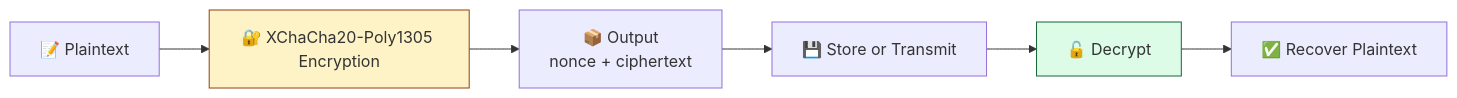
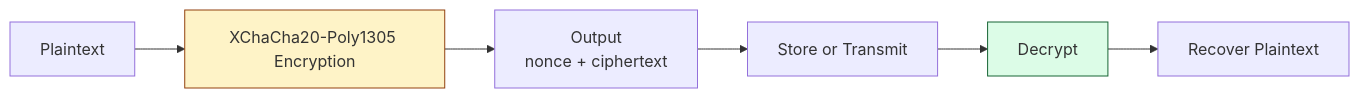
Before and after one commit to Kirky-X/confers: the third of 3 diagrams in docs/API_REFERENCE.md, drawn with Mermaid. The commit also changed other lines of this file and 3 other files, not shown here.

First line of the commit message:
docs: clean mermaid node emojis for renderer compatibility

````diff
--- a/docs/API_REFERENCE.md
+++ b/docs/API_REFERENCE.md
@@ -693,11 +693,11 @@
 ```mermaid
 graph LR
-    A[📝 Plaintext] --> B[🔐 XChaCha20-Poly1305 Encryption]
-    B --> C[📦 Output<br/>nonce + ciphertext]
-    C --> D[💾 Store or Transmit]
-    D --> E[🔓 Decrypt]
-    E --> F[✅ Recover Plaintext]
+    A["Plaintext"] --> B["XChaCha20-Poly1305 Encryption"]
+    B --> C["Output<br/>nonce + ciphertext"]
+    C --> D["Store or Transmit"]
+    D --> E["Decrypt"]
+    E --> F["Recover Plaintext"]
 
     style B fill:#FEF3C7,stroke:#92400E
     style E fill:#DCFCE7,stroke:#166534
 ```
````
